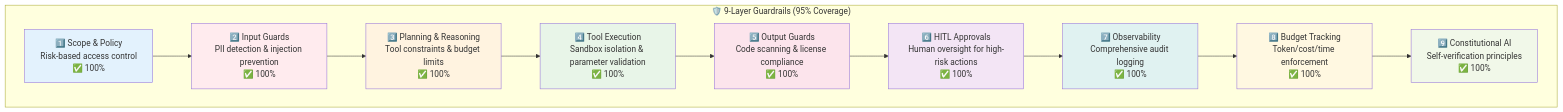
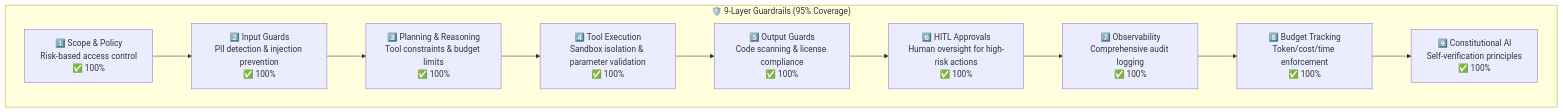
Before and after one commit to narenallam/AgenticTestGenerator: the ninth of 13 diagrams in ARCHITECTURE.md, drawn with Mermaid. The commit also changed other lines of this file, not shown here.

````diff
--- a/ARCHITECTURE.md
+++ b/ARCHITECTURE.md
@@ -553,26 +541,17 @@
 ```mermaid
 graph TD
     subgraph "🛡️ 9-Layer Guardrails (95% Coverage)"
         Layer1[1️⃣ Scope & Policy<br/>Risk-based access control<br/>✅ 100%]
         Layer2[2️⃣ Input Guards<br/>PII detection & injection prevention<br/>✅ 100%]
         Layer3[3️⃣ Planning & Reasoning<br/>Tool constraints & budget limits<br/>✅ 100%]
         Layer4[4️⃣ Tool Execution<br/>Sandbox isolation & parameter validation<br/>✅ 100%]
         Layer5[5️⃣ Output Guards<br/>Code scanning & license compliance<br/>✅ 100%]
         Layer6[6️⃣ HITL Approvals<br/>Human oversight for high-risk actions<br/>✅ 100%]
         Layer7[7️⃣ Observability<br/>Comprehensive audit logging<br/>✅ 100%]
         Layer8[8️⃣ Budget Tracking<br/>Token/cost/time enforcement<br/>✅ 100%]
         Layer9[9️⃣ Constitutional AI<br/>Self-verification principles<br/>✅ 100%]
     end
 
     Layer1 --> Layer2 --> Layer3 --> Layer4 --> Layer5 --> Layer6 --> Layer7 --> Layer8 --> Layer9
 
-    style Layer1 fill:#e3f2fd
-    style Layer2 fill:#ffebee
-    style Layer3 fill:#fff3e0
-    style Layer4 fill:#e8f5e8
-    style Layer5 fill:#fce4ec
-    style Layer6 fill:#f3e5f5
-    style Layer7 fill:#e0f2f1
-    style Layer8 fill:#fff8e1
-    style Layer9 fill:#f1f8e9
 ```
````
